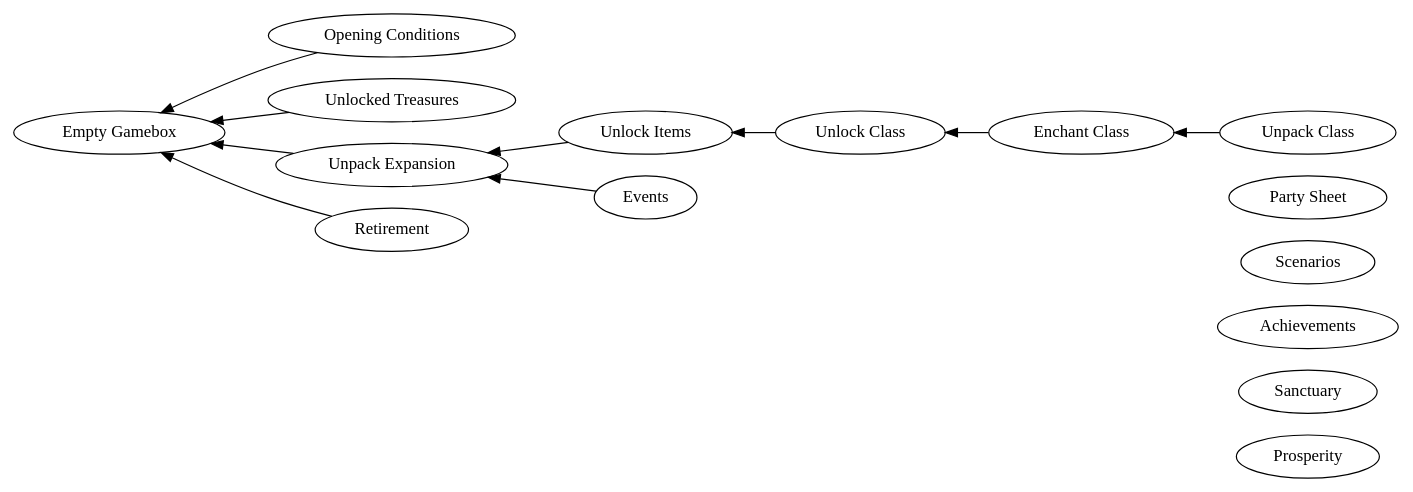
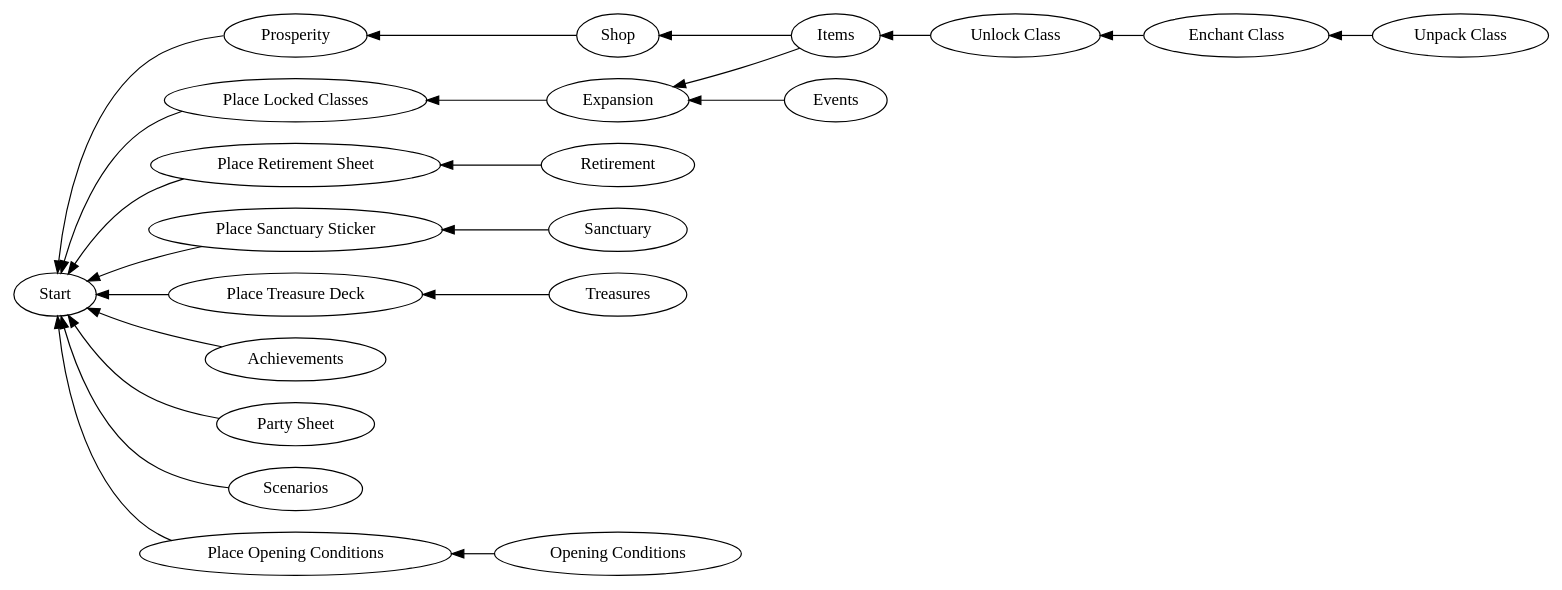
One commit to Sebaestschjin/gloomhaven-campaign-manager changed the diagram in docs/load_dependencies.dot. Above: the diagram before and after it, drawn with Graphviz. The commit also changed 19 other files, not shown here.

```diff
--- a/docs/load_dependencies.dot
+++ b/docs/load_dependencies.dot
@@ -1,30 +1,34 @@
 # dot -T jpg -o load_dependencies.jpg load_dependencies.dot
 digraph D {
 
     rankdir=RL
 
-    "Prosperity"
-    "Sanctuary"
-    "Achievements"
-    "Scenarios"
-    "Party Sheet"
-    "Empty Gamebox"
+    "Place Opening Conditions" -> "Start"
+    "Place Locked Classes" -> "Start"
+    "Place Retirement Sheet" -> "Start"
+    "Place Sanctuary Sticker" -> "Start"
+    "Place Treasure Deck" -> "Start"
 
-    "Opening Conditions" -> "Empty Gamebox"
+    "Achievements" -> "Start"
+    "Party Sheet" -> "Start"
+    "Prosperity" -> "Start"
+    "Scenarios" -> "Start"
+    "Shop" -> "Prosperity"
 
-    "Unlocked Treasures" -> "Empty Gamebox"
+    "Sanctuary" -> "Place Sanctuary Sticker"
+    "Opening Conditions" -> "Place Opening Conditions"
+    "Treasures" -> "Place Treasure Deck"
 
-    "Unpack Expansion" -> "Empty Gamebox"
+    "Expansion" -> "Place Locked Classes"
 
-    "Unlock Class" -> "Unlock Items"
+    "Items" -> "Shop"
+    "Items" -> "Expansion"
+
+    "Retirement" -> "Place Retirement Sheet"
+
+    "Events" -> "Expansion"
+
+    "Unlock Class" -> "Items"
     "Enchant Class" -> "Unlock Class"
-
     "Unpack Class" -> "Enchant Class"
-
-    "Unlock Items" -> "Unpack Expansion"
-
-    "Retirement" -> "Empty Gamebox"
-
-    "Events" -> "Unpack Expansion"
-
 }
```
